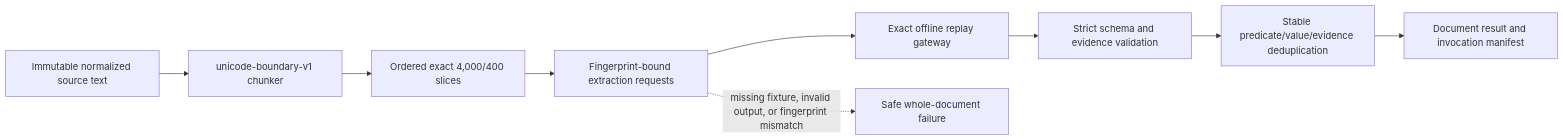
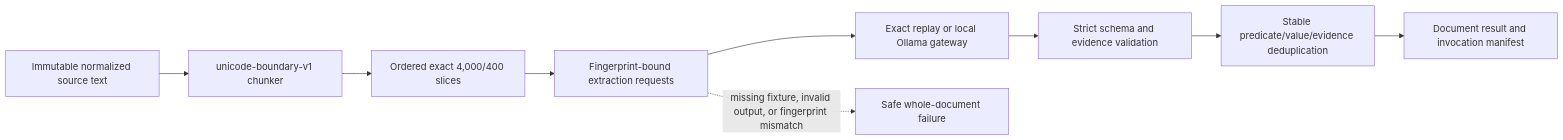
One commit to Wenqi77Zhang/GameCrafter-Agent changed diagram 12 of 23 in docs/architecture/system-architecture.md. Above: the diagram before and after it, drawn with Mermaid. The commit also changed other lines of this file and 44 other files, not shown here.

````diff
--- a/docs/architecture/system-architecture.md
+++ b/docs/architecture/system-architecture.md
@@ -361,15 +408,15 @@
 ```mermaid
 flowchart LR
     DOCUMENT["Immutable normalized source text"]
     CHUNKER["unicode-boundary-v1 chunker"]
     CHUNKS["Ordered exact 4,000/400 slices"]
     REQUESTS["Fingerprint-bound extraction requests"]
-    REPLAY["Exact offline replay gateway"]
+    GATEWAY["Exact replay or local Ollama gateway"]
     VALIDATE["Strict schema and evidence validation"]
     DEDUPE["Stable predicate/value/evidence deduplication"]
     MANIFEST["Document result and invocation manifest"]
     FAIL["Safe whole-document failure"]
 
-    DOCUMENT --> CHUNKER --> CHUNKS --> REQUESTS --> REPLAY --> VALIDATE --> DEDUPE --> MANIFEST
+    DOCUMENT --> CHUNKER --> CHUNKS --> REQUESTS --> GATEWAY --> VALIDATE --> DEDUPE --> MANIFEST
     REQUESTS -. "missing fixture, invalid output, or fingerprint mismatch" .-> FAIL
 ```
````
